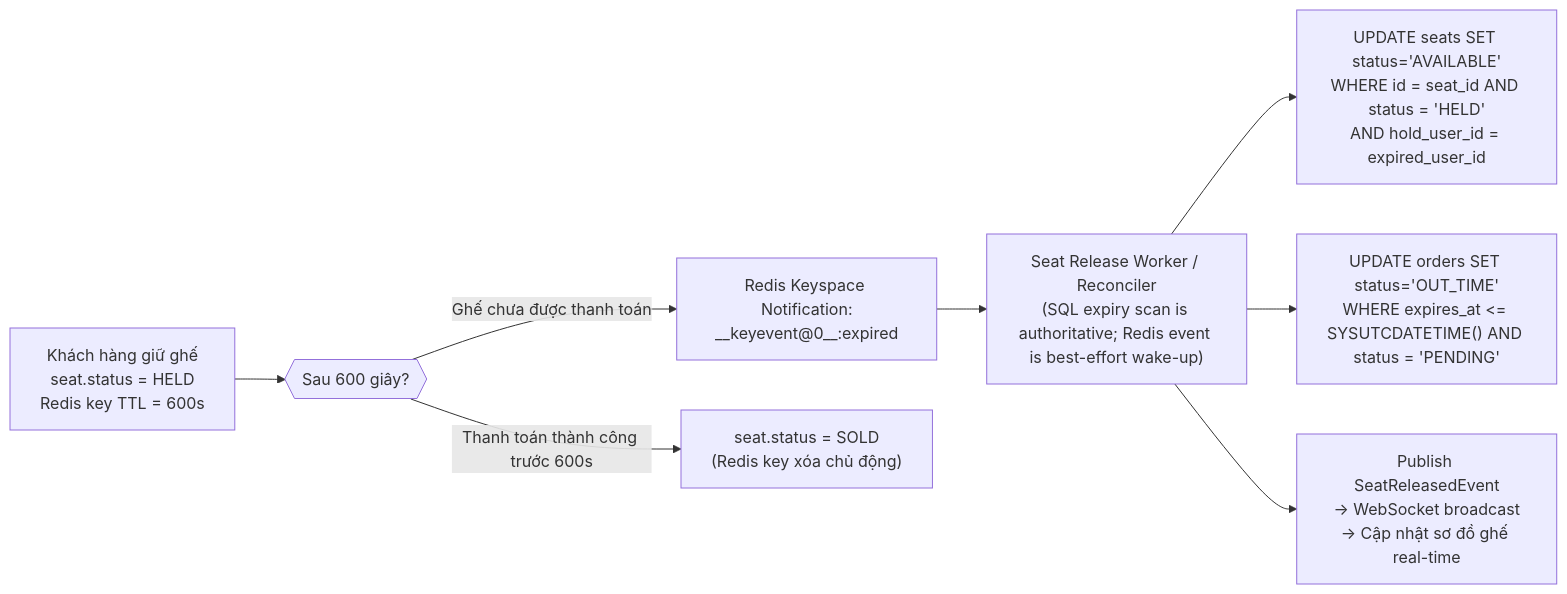
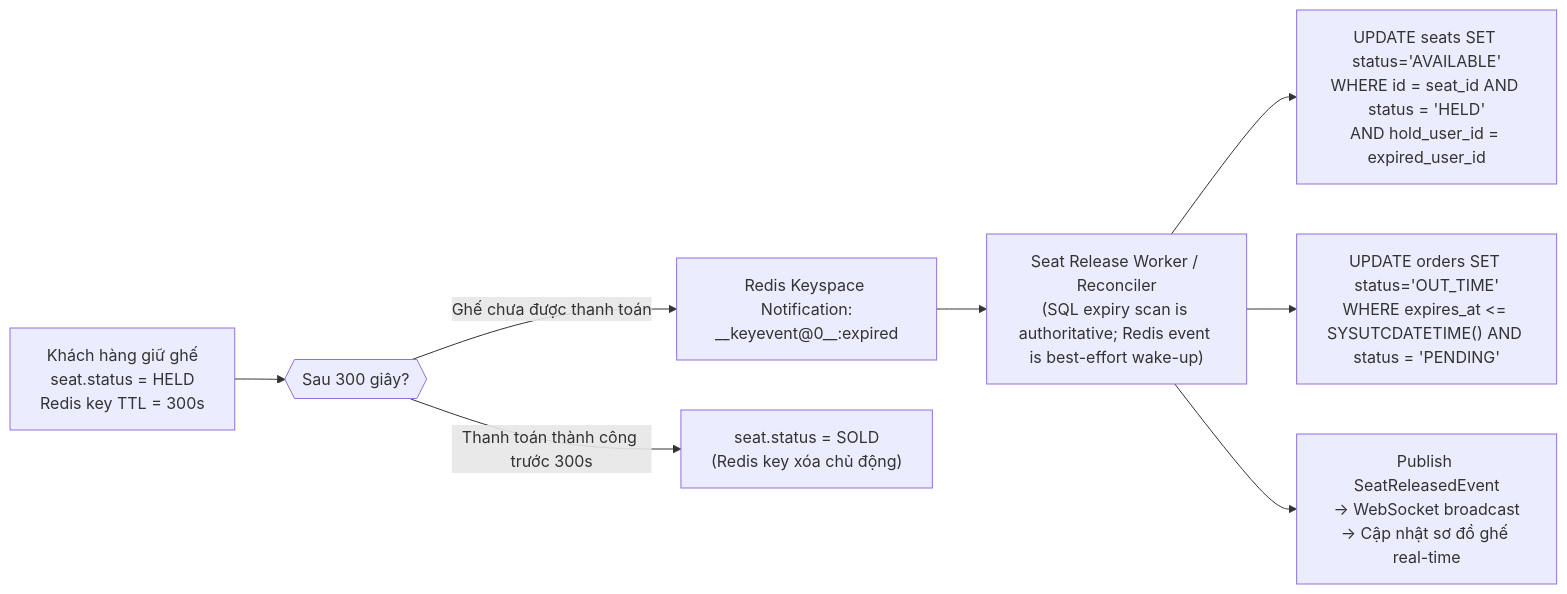
Before and after one commit to toanteng11/concert-ticketing-docs: the third of 3 diagrams in business-analysis/02_State_Machines_And_Workflows/01_State_Machines/SM02_Seat_State.md, drawn with Mermaid. The commit also changed other lines of this file and 43 other files, not shown here.

````diff
--- a/business-analysis/02_State_Machines_And_Workflows/01_State_Machines/SM02_Seat_State.md
+++ b/business-analysis/02_State_Machines_And_Workflows/01_State_Machines/SM02_Seat_State.md
@@ -127,10 +127,10 @@
 ```mermaid
 flowchart LR
-    A["Khách hàng giữ ghế\n seat.status = HELD\n Redis key TTL = 600s"] --> B{{"Sau 600 giây?"}}
+    A["Khách hàng giữ ghế\n seat.status = HELD\n Redis key TTL = 300s"] --> B{{"Sau 300 giây?"}}
     B -->|Ghế chưa được thanh toán| C["Redis Keyspace Notification:\n__keyevent@0__:expired"]
     C --> D["Seat Release Worker / Reconciler\n(SQL expiry scan is authoritative; Redis event is best-effort wake-up)"]
     D --> E["UPDATE seats SET status='AVAILABLE'\nWHERE id = seat_id AND status = 'HELD'\nAND hold_user_id = expired_user_id"]
     D --> F["UPDATE orders SET status='OUT_TIME'\nWHERE expires_at <= SYSUTCDATETIME() AND status = 'PENDING'"]
     D --> G["Publish SeatReleasedEvent\n→ WebSocket broadcast\n→ Cập nhật sơ đồ ghế real-time"]
-    B -->|Thanh toán thành công trước 600s| H["seat.status = SOLD\n(Redis key xóa chủ động)"]
+    B -->|Thanh toán thành công trước 300s| H["seat.status = SOLD\n(Redis key xóa chủ động)"]
 ```
````
